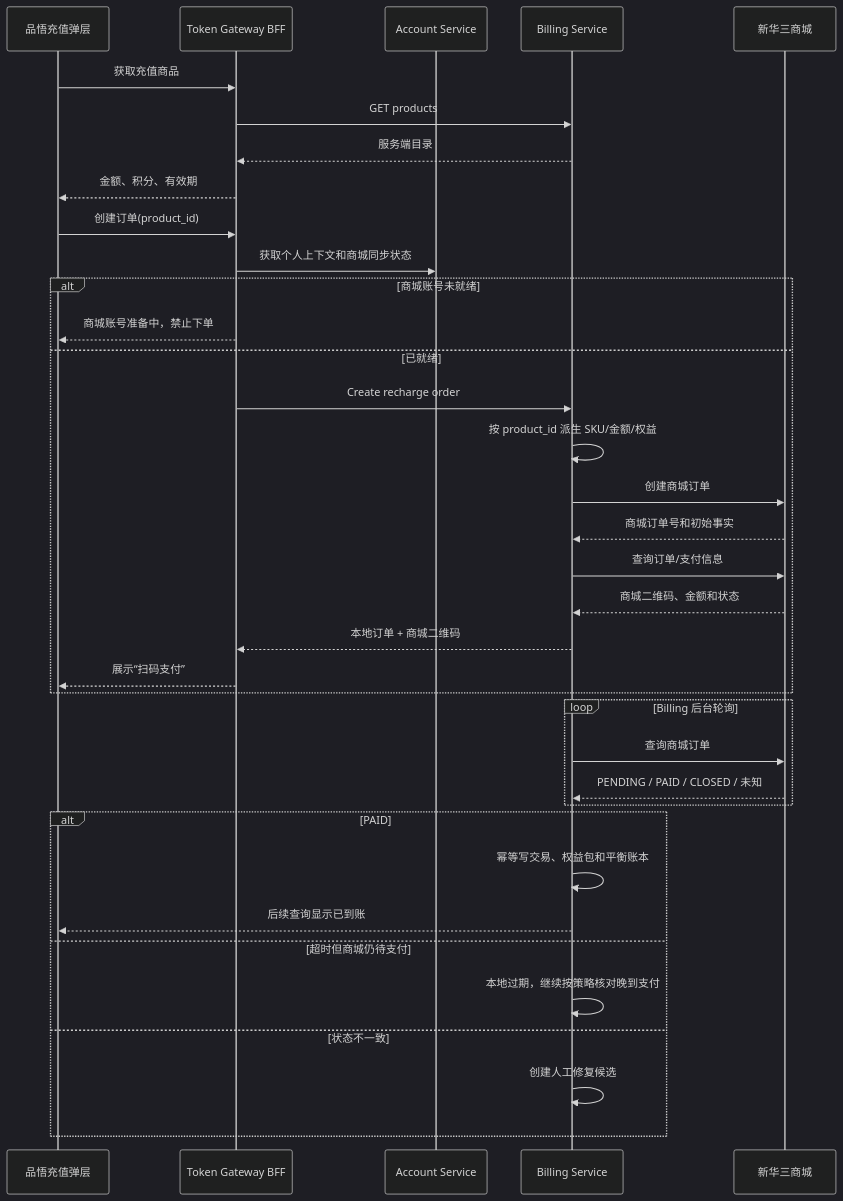
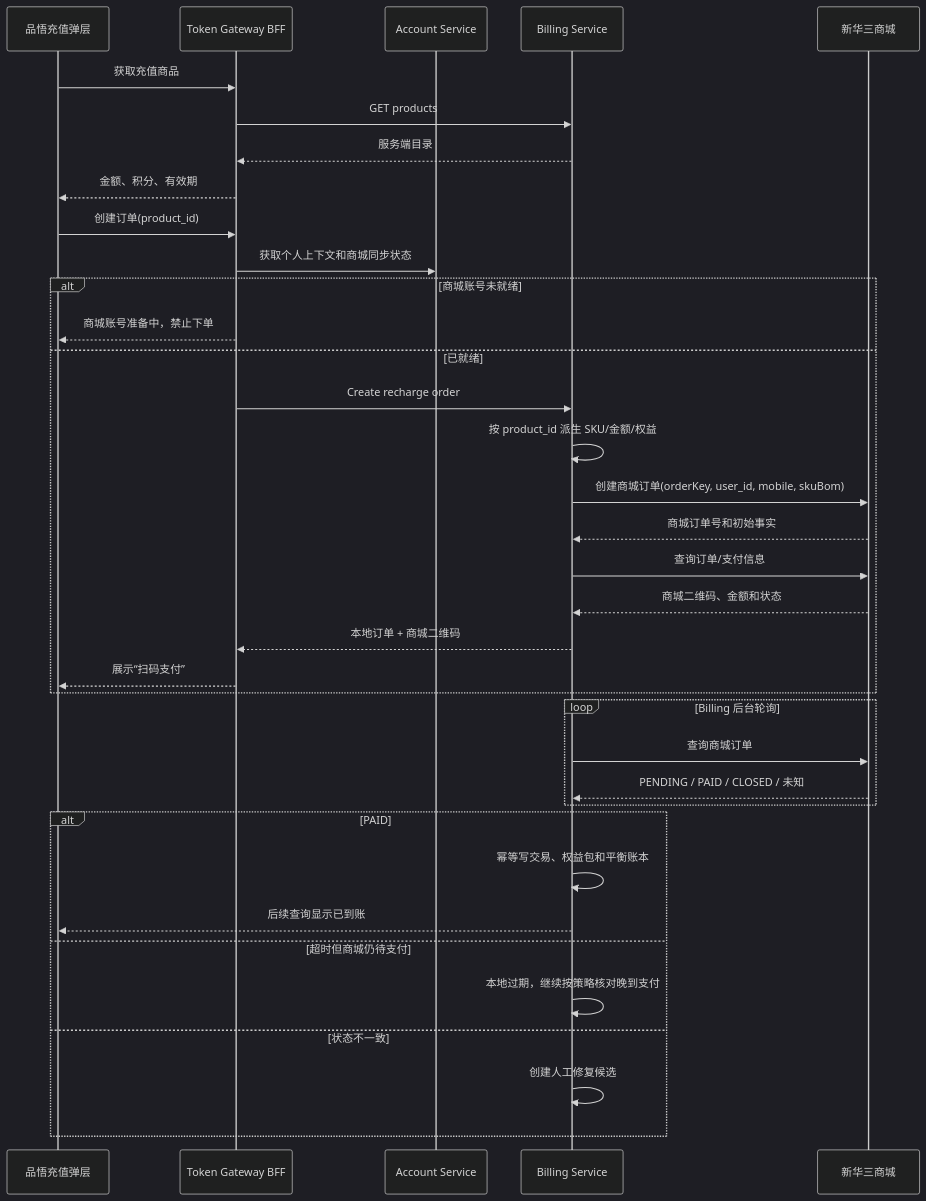
The fifth of 6 diagrams in account-platform/docs/call-flows.md (Pinvou/CodeWhale), drawn with Mermaid (dark theme) before and after one commit. The commit also changed other lines of this file and 22 other files, not shown here.

````diff
--- a/account-platform/docs/call-flows.md
+++ b/account-platform/docs/call-flows.md
@@ -302,39 +302,39 @@
 ```mermaid
 sequenceDiagram
     participant UI as 品悟充值弹层
     participant G as Token Gateway BFF
     participant A as Account Service
     participant B as Billing Service
     participant M as 新华三商城
 
     UI->>G: 获取充值商品
     G->>B: GET products
     B-->>G: 服务端目录
     G-->>UI: 金额、积分、有效期
     UI->>G: 创建订单(product_id)
     G->>A: 获取个人上下文和商城同步状态
     alt 商城账号未就绪
         G-->>UI: 商城账号准备中，禁止下单
     else 已就绪
         G->>B: Create recharge order
         B->>B: 按 product_id 派生 SKU/金额/权益
-        B->>M: 创建商城订单
+        B->>M: 创建商城订单(orderKey, user_id, mobile, skuBom)
         M-->>B: 商城订单号和初始事实
         B->>M: 查询订单/支付信息
         M-->>B: 商城二维码、金额和状态
         B-->>G: 本地订单 + 商城二维码
         G-->>UI: 展示“扫码支付”
     end
     loop Billing 后台轮询
         B->>M: 查询商城订单
         M-->>B: PENDING / PAID / CLOSED / 未知
     end
     alt PAID
         B->>B: 幂等写交易、权益包和平衡账本
         B-->>UI: 后续查询显示已到账
     else 超时但商城仍待支付
         B->>B: 本地过期，继续按策略核对晚到支付
     else 状态不一致
         B->>B: 创建人工修复候选
     end
 ```
````
